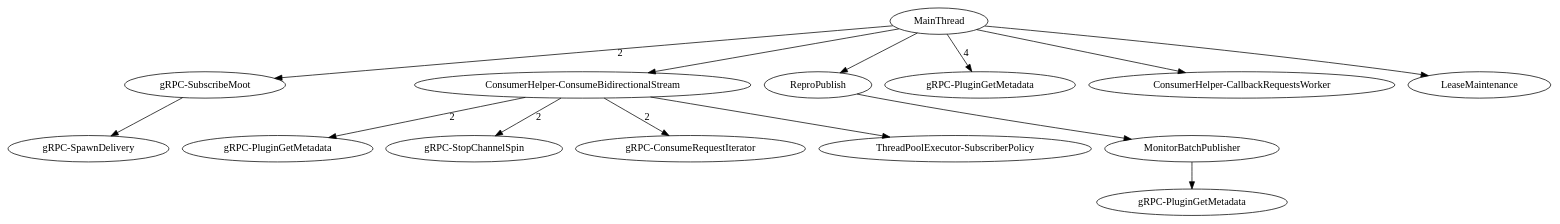
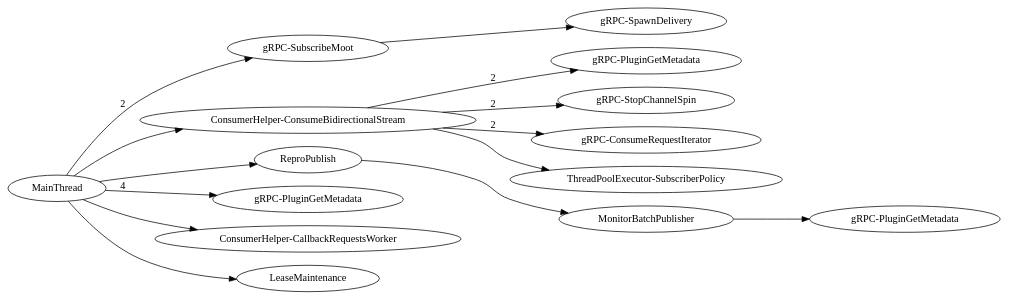
One commit to dhermes/google-cloud-pubsub-performance changed the diagram in message-after-recover/0.29.3.relax-api-core-dep.036b276d8baabc4befe7c2496449f338e51272ce.dot. Above: the diagram before and after it, drawn with Graphviz. The commit also changed 20 other files, not shown here.

Commit message:
Making SVG / dot graphs left to right.

```diff
--- a/message-after-recover/0.29.3.relax-api-core-dep.036b276d8baabc4befe7c2496449f338e51272ce.dot
+++ b/message-after-recover/0.29.3.relax-api-core-dep.036b276d8baabc4befe7c2496449f338e51272ce.dot
@@ -1,66 +1,67 @@
 digraph G {
+rankdir=LR;
 subgraph  {
 subgraph  {
 }
 
 "Thread-gRPC-SubscribeMoot" -> "Thread-gRPC-SpawnDelivery";
 }
 
 subgraph  {
 }
 
 subgraph  {
 }
 
 subgraph  {
 subgraph  {
 }
 
 subgraph  {
 }
 
 subgraph  {
 }
 
 subgraph  {
 }
 
 "Thread-ConsumerHelper-ConsumeBidirectionalStream" -> "Thread-gRPC-PluginGetMetadata++"  [label=2];
 "Thread-ConsumerHelper-ConsumeBidirectionalStream" -> "Thread-gRPC-StopChannelSpin"  [label=2];
 "Thread-ConsumerHelper-ConsumeBidirectionalStream" -> "Thread-gRPC-ConsumeRequestIterator"  [label=2];
 "Thread-ConsumerHelper-ConsumeBidirectionalStream" -> "ThreadPoolExecutor-SubscriberPolicy";
 }
 
 subgraph  {
 }
 
 subgraph  {
 subgraph  {
 subgraph  {
 }
 
 "Thread-MonitorBatchPublisher" -> "Thread-gRPC-PluginGetMetadata++++";
 }
 
 "Thread-ReproPublish" -> "Thread-MonitorBatchPublisher";
 }
 
 MainThread -> "Thread-gRPC-SubscribeMoot"  [label=2];
 MainThread -> "Thread-gRPC-PluginGetMetadata"  [label=4];
 MainThread -> "Thread-ConsumerHelper-CallbackRequestsWorker";
 MainThread -> "Thread-ConsumerHelper-ConsumeBidirectionalStream";
 MainThread -> "Thread-LeaseMaintenance";
 MainThread -> "Thread-ReproPublish";
+"Thread-gRPC-SubscribeMoot" [label="gRPC-SubscribeMoot"];
+"Thread-gRPC-SpawnDelivery" [label="gRPC-SpawnDelivery"];
+"Thread-LeaseMaintenance" [label=LeaseMaintenance];
+"Thread-ReproPublish" [label=ReproPublish];
+"Thread-gRPC-PluginGetMetadata++" [label="gRPC-PluginGetMetadata"];
+"Thread-gRPC-PluginGetMetadata++++" [label="gRPC-PluginGetMetadata"];
+"Thread-gRPC-StopChannelSpin" [label="gRPC-StopChannelSpin"];
+"Thread-ConsumerHelper-CallbackRequestsWorker" [label="ConsumerHelper-CallbackRequestsWorker"];
 "Thread-gRPC-PluginGetMetadata" [label="gRPC-PluginGetMetadata"];
+"Thread-MonitorBatchPublisher" [label=MonitorBatchPublisher];
 "Thread-gRPC-ConsumeRequestIterator" [label="gRPC-ConsumeRequestIterator"];
-"Thread-gRPC-PluginGetMetadata++++" [label="gRPC-PluginGetMetadata"];
-"Thread-ConsumerHelper-CallbackRequestsWorker" [label="ConsumerHelper-CallbackRequestsWorker"];
-"Thread-gRPC-PluginGetMetadata++" [label="gRPC-PluginGetMetadata"];
-"Thread-gRPC-SubscribeMoot" [label="gRPC-SubscribeMoot"];
-"Thread-gRPC-StopChannelSpin" [label="gRPC-StopChannelSpin"];
-"Thread-LeaseMaintenance" [label=LeaseMaintenance];
-"Thread-MonitorBatchPublisher" [label=MonitorBatchPublisher];
-"Thread-gRPC-SpawnDelivery" [label="gRPC-SpawnDelivery"];
-"Thread-ReproPublish" [label=ReproPublish];
 "Thread-ConsumerHelper-ConsumeBidirectionalStream" [label="ConsumerHelper-ConsumeBidirectionalStream"];
 }
```
